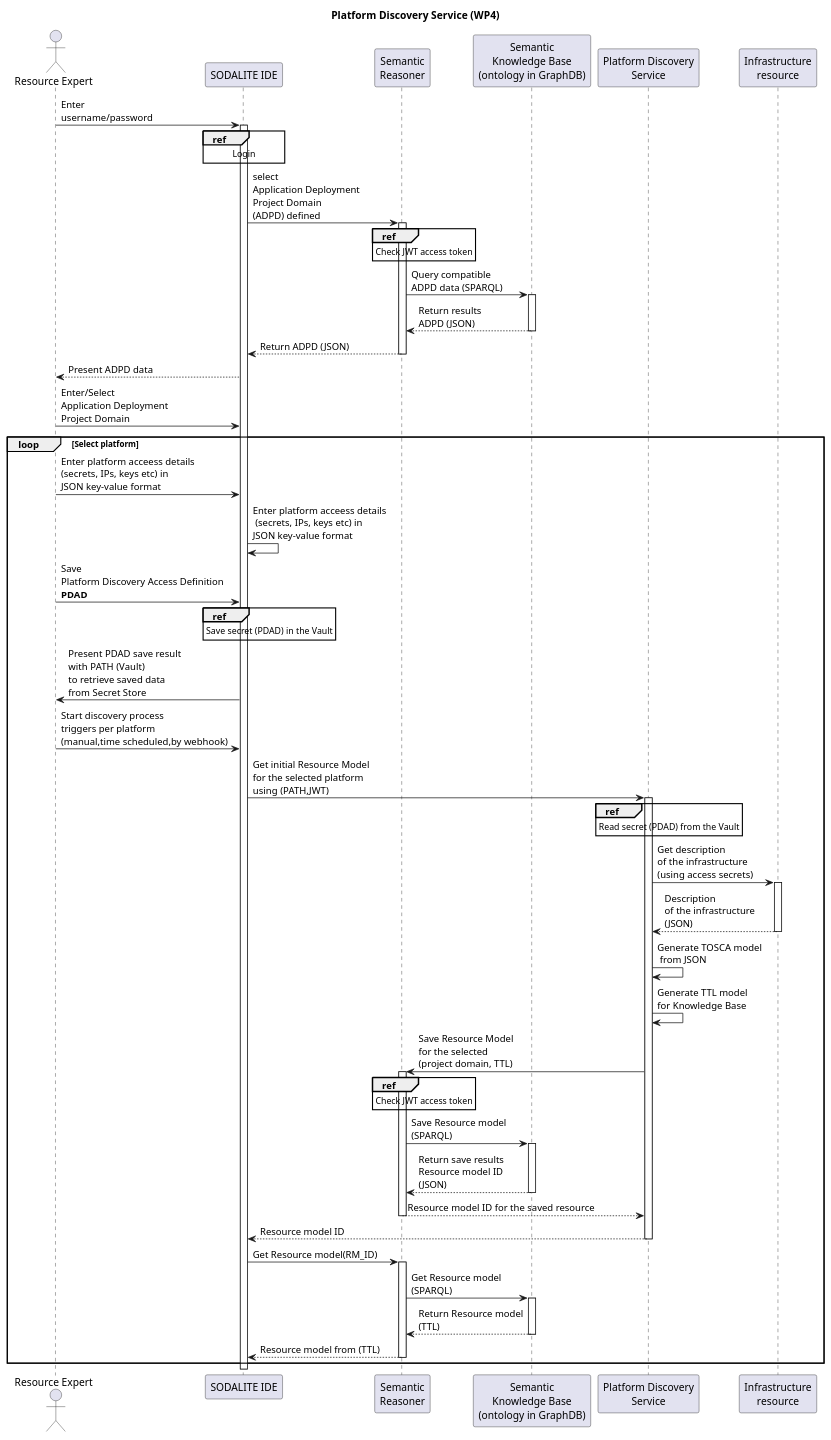
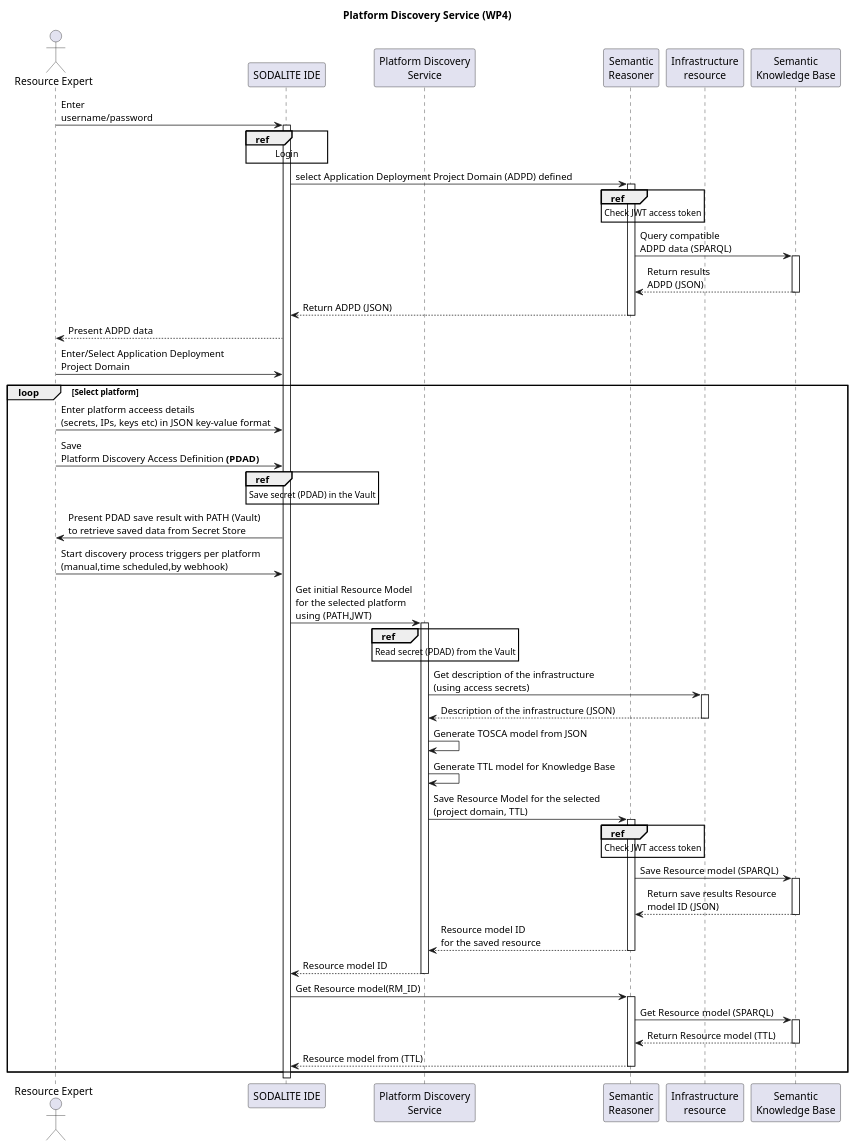
The diagram in uml/sequence-diagrams/UC-17-PlatformDiscovery-WP4.puml (SODALITE-EU/project-wide-documentation), drawn with PlantUML before and after one commit.

Commit message:
PDS UML layout update

```diff
--- a/uml/sequence-diagrams/UC-17-PlatformDiscovery-WP4.puml
+++ b/uml/sequence-diagrams/UC-17-PlatformDiscovery-WP4.puml
@@ -1,79 +1,78 @@
 @startuml
 
 title Platform Discovery Service (WP4)
 
 actor "Resource Expert" as re
 participant "SODALITE IDE" as editor
+participant "Platform Discovery\nService" as PDS
 participant "Semantic\nReasoner" as reasoner
-participant "Semantic\nKnowledge Base\n(ontology in GraphDB)" as ontology
-participant "Platform Discovery\nService" as PDS
 participant "Infrastructure\nresource" as resource
+participant "Semantic\nKnowledge Base" as ontology
 
 re->editor: Enter\nusername/password
 
 activate editor
 ref over editor: Login
 
-editor->reasoner:  select\nApplication Deployment\nProject Domain\n(ADPD) defined
+editor->reasoner:  select Application Deployment Project Domain (ADPD) defined
 activate reasoner
 ref over reasoner: Check JWT access token
 
 reasoner->ontology: Query compatible\nADPD data (SPARQL)
 activate ontology
 ontology-->reasoner: Return results\nADPD (JSON)
 deactivate ontology
 reasoner-->editor: Return ADPD (JSON)
 deactivate reasoner
 editor-->re: Present ADPD data
-re->editor: Enter/Select\nApplication Deployment\nProject Domain
+re->editor: Enter/Select Application Deployment\nProject Domain
 
 loop Select platform
-    re->editor: Enter platform acceess details\n(secrets, IPs, keys etc) in\nJSON key-value format
-    editor->editor: Enter platform acceess details\n (secrets, IPs, keys etc) in\nJSON key-value format
+    re->editor: Enter platform acceess details\n(secrets, IPs, keys etc) in JSON key-value format
     'Save the data to secret store as a set of key-value entries (on a uniquiely defined namespace project/platform)
-    re->editor: Save\nPlatform Discovery Access Definition\n<b>PDAD
+    re->editor: Save\nPlatform Discovery Access Definition <b>(PDAD)
 
     ref over editor: Save secret (PDAD) in the Vault
-    editor->re: Present PDAD save result\nwith PATH (Vault)\nto retrieve saved data\nfrom Secret Store
+    editor->re: Present PDAD save result with PATH (Vault)\nto retrieve saved data from Secret Store
 
-    re->editor: Start discovery process\ntriggers per platform\n(manual,time scheduled,by webhook)
+    re->editor: Start discovery process triggers per platform\n(manual,time scheduled,by webhook)
 
     editor->PDS: Get initial Resource Model\nfor the selected platform\nusing (PATH,JWT)
     activate PDS
     ref over PDS: Read secret (PDAD) from the Vault
-    PDS->resource: Get description\nof the infrastructure\n(using access secrets)
+    PDS->resource: Get description of the infrastructure\n(using access secrets)
     activate resource
-    resource-->PDS: Description\nof the infrastructure\n(JSON)
+    resource-->PDS: Description of the infrastructure (JSON)
     deactivate resource
 
-    PDS->PDS: Generate TOSCA model\n from JSON
-    PDS->PDS: Generate TTL model\nfor Knowledge Base
+    PDS->PDS: Generate TOSCA model from JSON
+    PDS->PDS: Generate TTL model for Knowledge Base
 
-    PDS->reasoner: Save Resource Model\nfor the selected\n(project domain, TTL)
+    PDS->reasoner: Save Resource Model for the selected\n(project domain, TTL)
 
     activate reasoner
     ref over reasoner: Check JWT access token
-    reasoner->ontology: Save Resource model\n(SPARQL)
+    reasoner->ontology: Save Resource model (SPARQL)
     activate ontology
-    ontology-->reasoner: Return save results\nResource model ID\n(JSON)
+    ontology-->reasoner: Return save results Resource\nmodel ID (JSON)
     deactivate ontology
-    reasoner-->PDS: Resource model ID for the saved resource
+    reasoner-->PDS: Resource model ID\nfor the saved resource
     deactivate reasoner
 
     PDS-->editor: Resource model ID
     deactivate PDS
 
     editor->reasoner: Get Resource model(RM_ID)
     activate reasoner
 
-    reasoner->ontology: Get Resource model\n(SPARQL)
+    reasoner->ontology: Get Resource model (SPARQL)
     activate ontology
-    ontology-->reasoner: Return Resource model\n(TTL)
+    ontology-->reasoner: Return Resource model (TTL)
     deactivate ontology
 
     reasoner-->editor: Resource model from (TTL)
     deactivate reasoner
     deactivate PDS
 
 end
 @enduml
```
